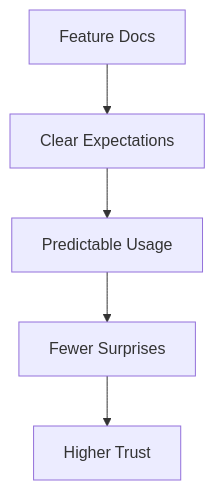
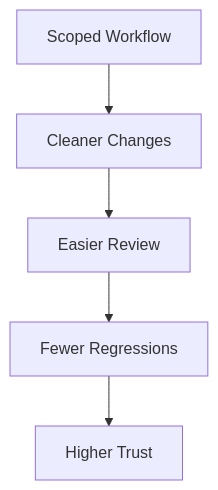
One commit to charleanpoor507/repo-hc changed the diagram in docs/workflow/users.md. Above: the diagram before and after it, drawn with Mermaid. The commit also changed other lines of this file and 32 other files, not shown here.

Commit message:
docs: refocus repo on agent-rule workflow and add architecture docs

````diff
--- a/docs/workflow/users.md
+++ b/docs/workflow/users.md
@@ -25,7 +23,7 @@
 ```mermaid
 flowchart TD
-  A["Feature Docs"] --> B["Clear Expectations"]
-  B --> C["Predictable Usage"]
-  C --> D["Fewer Surprises"]
+  A["Scoped Workflow"] --> B["Cleaner Changes"]
+  B --> C["Easier Review"]
+  C --> D["Fewer Regressions"]
   D --> E["Higher Trust"]
 ```
````
